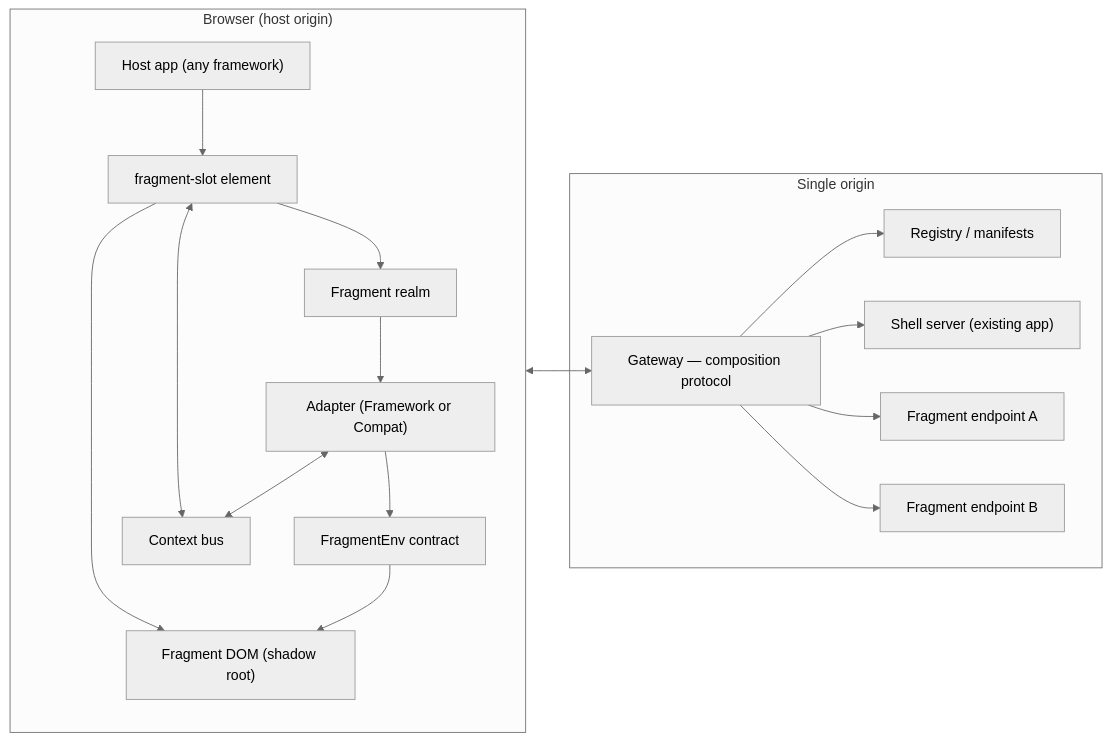
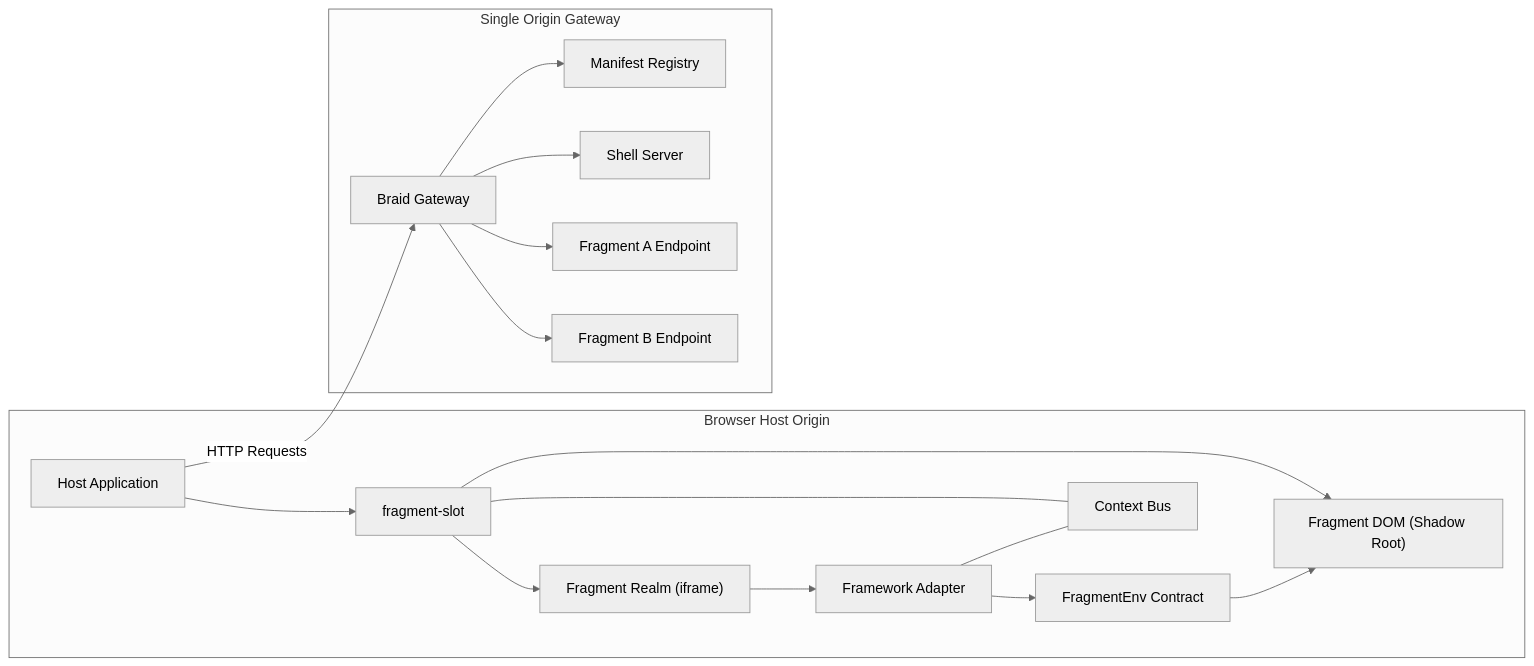
One commit to Jefftopia/skew changed the first of 4 diagrams in docs/braid-architecture.md. Above: the diagram before and after it, drawn with Mermaid (neutral theme). The commit also changed other lines of this file and 3 other files, not shown here.

````diff
--- a/docs/braid-architecture.md
+++ b/docs/braid-architecture.md
@@ -73,34 +56,36 @@
 ```mermaid
 flowchart LR
-  subgraph Browser["Browser (host origin)"]
-    HostApp["Host app (any framework)"]
-    Slot["fragment-slot element"]
-    ShadowDOM["Fragment DOM (shadow root)"]
-    Realm["Fragment realm"]
-    Env["FragmentEnv contract"]
-    Adapter["Adapter (Framework or Compat)"]
-    Bus["Context bus"]
+  subgraph Browser [Browser Host Origin]
+    HostApp["Host Application"]
+    Slot["fragment-slot"]
+    ShadowDOM["Fragment DOM (Shadow Root)"]
+    Realm["Fragment Realm (iframe)"]
+    Env["FragmentEnv Contract"]
+    Adapter["Framework Adapter"]
+    Bus["Context Bus"]
+
     HostApp --> Slot
     Slot --> ShadowDOM
     Slot --> Realm
     Realm --> Adapter
     Adapter --> Env
     Env --> ShadowDOM
-    Slot <--> Bus
-    Adapter <--> Bus
+    Slot --- Bus
+    Adapter --- Bus
   end
 
-  subgraph Server["Single origin"]
-    GW["Gateway — composition protocol"]
-    Registry["Registry / manifests"]
-    ShellSrv["Shell server (existing app)"]
-    FragA["Fragment endpoint A"]
-    FragB["Fragment endpoint B"]
+  subgraph Server [Single Origin Gateway]
+    GW["Braid Gateway"]
+    Registry["Manifest Registry"]
+    ShellSrv["Shell Server"]
+    FragA["Fragment A Endpoint"]
+    FragB["Fragment B Endpoint"]
+
     GW --> ShellSrv
     GW --> FragA
     GW --> FragB
     GW --> Registry
   end
 
-  Browser <--> GW
+  HostApp -->|HTTP Requests| GW
 ```
````
